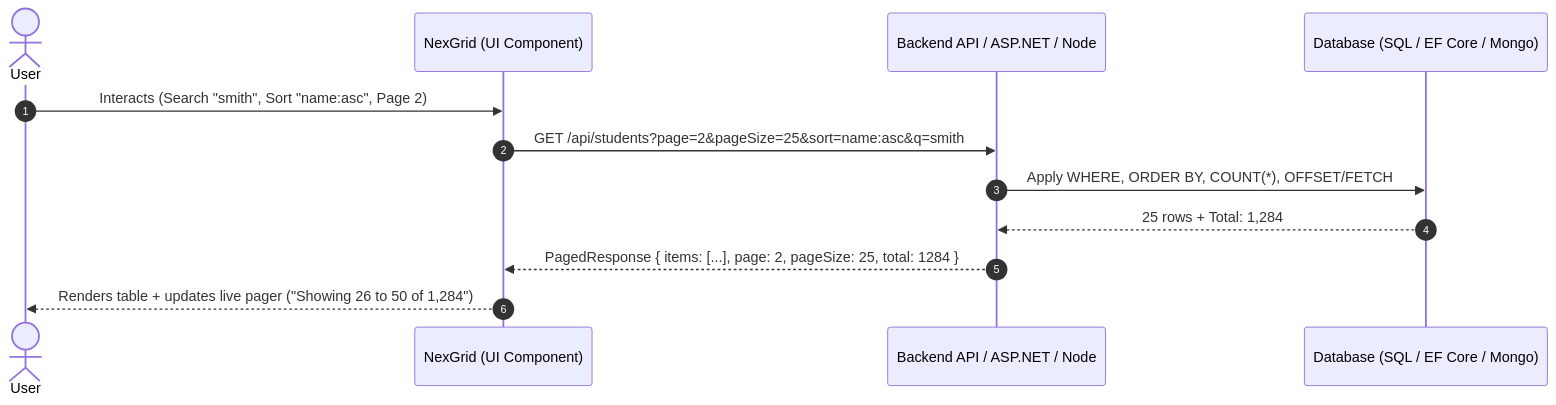
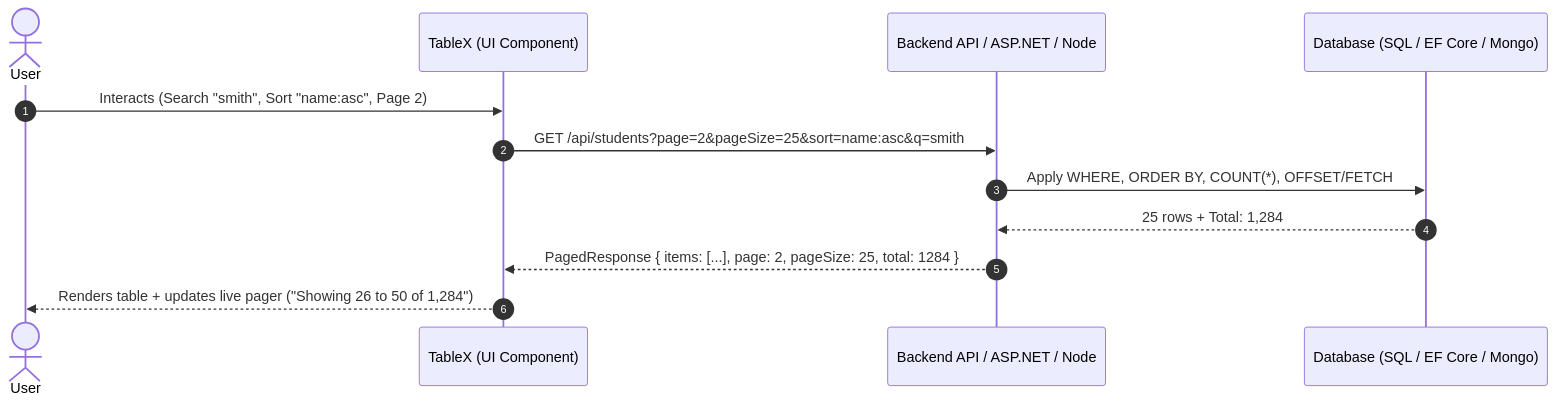
Before and after one commit to ChhaganSinha/NexGrid: the diagram in README.md, drawn with Mermaid. The commit also changed other lines of this file and 162 other files, not shown here.

Commit message:
refactor: rebrand and rename NexGrid to TableX across packages, dotnet library, examples, and docs

````diff
--- a/README.md
+++ b/README.md
@@ -35,15 +35,15 @@
 ```mermaid
 sequenceDiagram
     autonumber
     actor User
-    participant Grid as NexGrid (UI Component)
+    participant Grid as TableX (UI Component)
     participant Server as Backend API / ASP.NET / Node
     participant DB as Database (SQL / EF Core / Mongo)
 
     User->>Grid: Interacts (Search "smith", Sort "name:asc", Page 2)
     Grid->>Server: GET /api/students?page=2&pageSize=25&sort=name:asc&q=smith
     Server->>DB: Apply WHERE, ORDER BY, COUNT(*), OFFSET/FETCH
     DB-->>Server: 25 rows + Total: 1,284
     Server-->>Grid: PagedResponse { items: [...], page: 2, pageSize: 25, total: 1284 }
     Grid-->>User: Renders table + updates live pager ("Showing 26 to 50 of 1,284")
 ```
````
